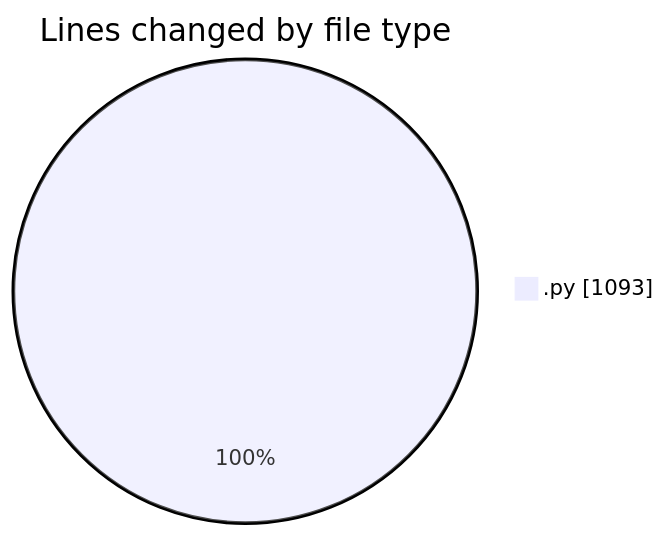
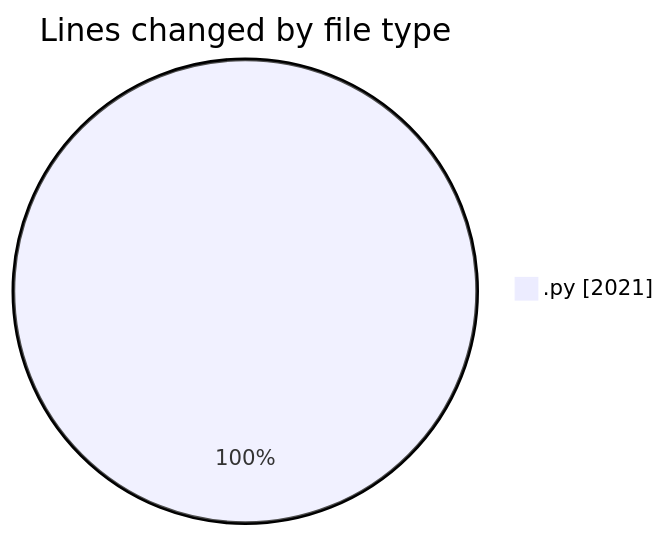
Before and after one commit to MatusMokan/code-tracking: the first of 2 diagrams in 2025-04-19/myws__workspace_/README.md, drawn with Mermaid. The commit also changed other lines of this file and 1 other file, not shown here.

````diff
--- a/2025-04-19/myws__workspace_/README.md
+++ b/2025-04-19/myws__workspace_/README.md
@@ -22,5 +23,5 @@
 ```mermaid
 pie showData
 title Lines changed by file type
-".py" : 1093
+".py" : 2021
 ```
````
